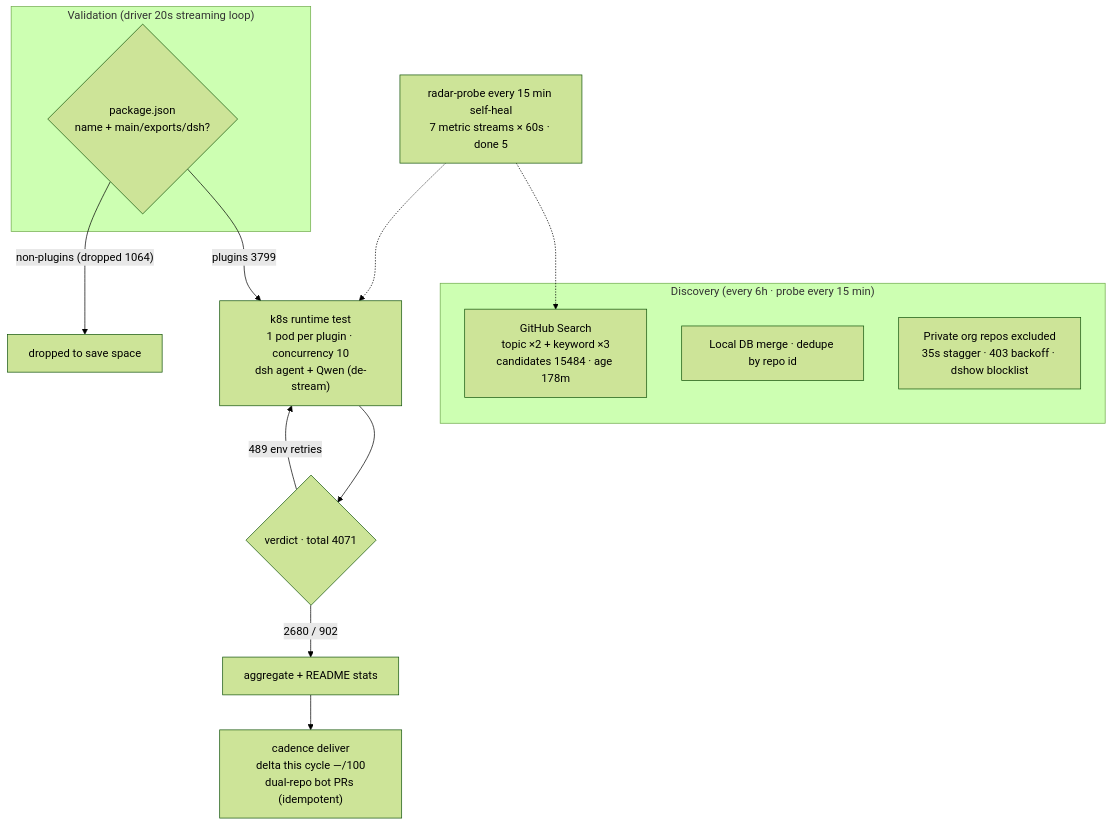
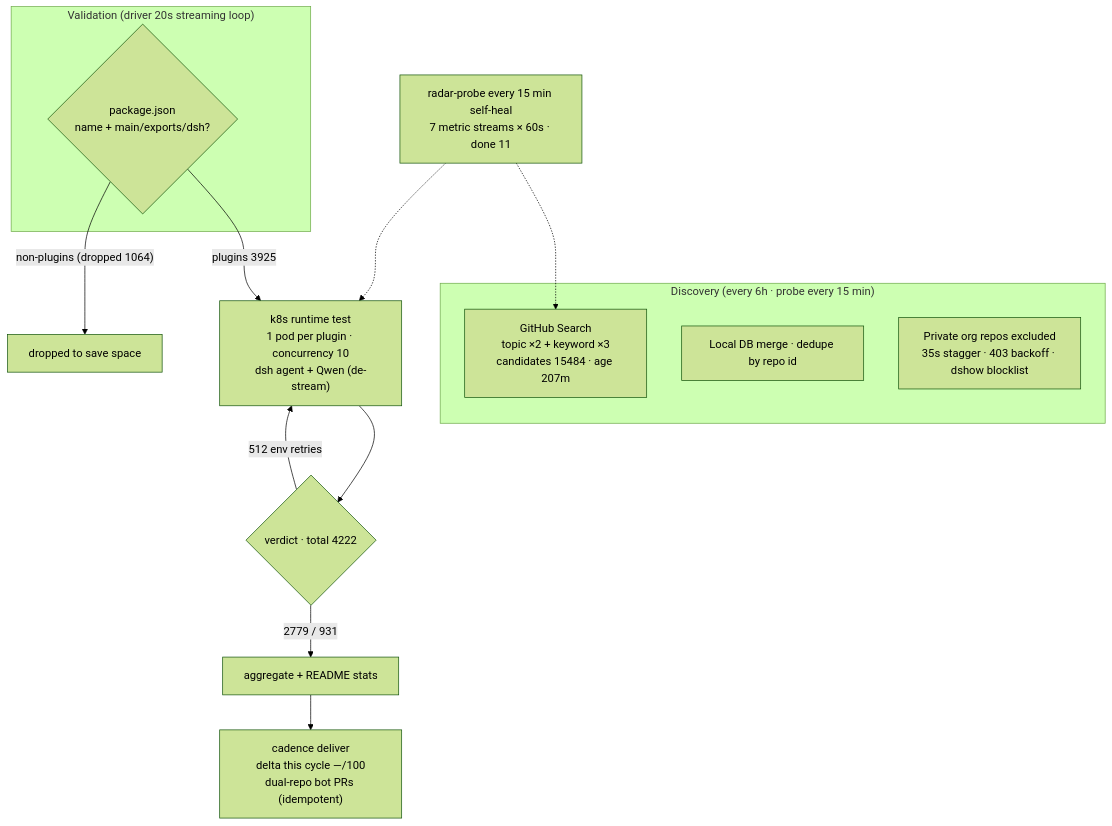
One commit to AdamPlatin123/awesome-dsh-plugins changed the diagram in README.en-US.md. Above: the diagram before and after it, drawn with Mermaid (forest theme). The commit also changed other lines of this file and 5 other files, not shown here.

````diff
--- a/README.en-US.md
+++ b/README.en-US.md
@@ -30,20 +30,20 @@
 ```mermaid
 flowchart TB
     subgraph Discovery["Discovery (every 6h · probe every 15 min)"]
-        A1["GitHub Search<br/>topic ×2 + keyword ×3<br/>candidates 15484 · age 178m"]
+        A1["GitHub Search<br/>topic ×2 + keyword ×3<br/>candidates 15484 · age 207m"]
         A2["Local DB merge · dedupe by repo id"]
         A3["Private org repos excluded<br/>35s stagger · 403 backoff · dshow blocklist"]
     end
     subgraph Validation["Validation (driver 20s streaming loop)"]
         B1{"package.json<br/>name + main/exports/dsh?"}
     end
-    B1 -->|"plugins 3799"| C1["k8s runtime test<br/>1 pod per plugin · concurrency 10<br/>dsh agent + Qwen (de-stream)"]
+    B1 -->|"plugins 3925"| C1["k8s runtime test<br/>1 pod per plugin · concurrency 10<br/>dsh agent + Qwen (de-stream)"]
     B1 -->|"non-plugins (dropped 1064)"| B3["dropped to save space"]
-    C1 --> D1{"verdict · total 4071"}
-    D1 -->|"2680 / 902"| E1["aggregate + README stats"]
-    D1 -->|"489 env retries"| C1
+    C1 --> D1{"verdict · total 4222"}
+    D1 -->|"2779 / 931"| E1["aggregate + README stats"]
+    D1 -->|"512 env retries"| C1
     E1 --> E2["cadence deliver<br/>delta this cycle —/100<br/>dual-repo bot PRs (idempotent)"]
-    M["radar-probe every 15 min self-heal<br/>7 metric streams × 60s · done 5"]
+    M["radar-probe every 15 min self-heal<br/>7 metric streams × 60s · done 11"]
     M -.-> A1
     M -.-> C1
 ```
````
